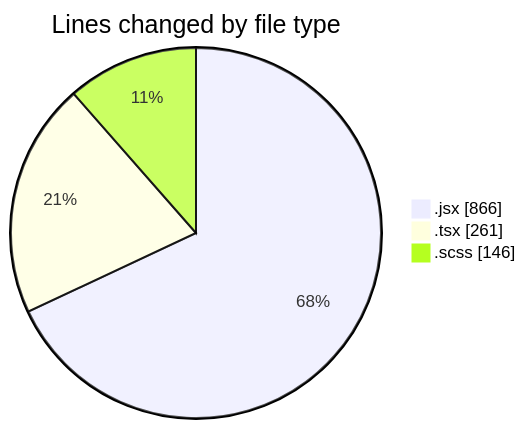
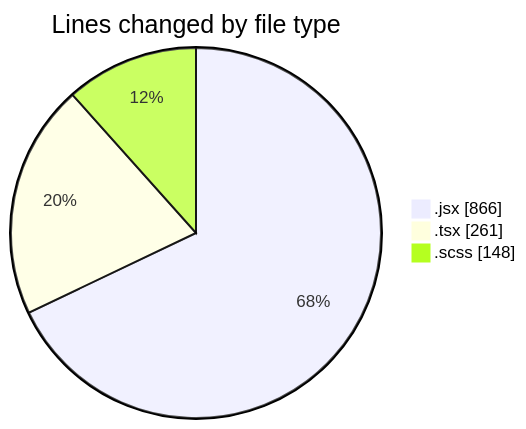
Before and after one commit to momahboobian/code-tracking: the first of 2 diagrams in 2026-02-11/cda/README.md, drawn with Mermaid. The commit also changed other lines of this file and 1 other file, not shown here.

````diff
--- a/2026-02-11/cda/README.md
+++ b/2026-02-11/cda/README.md
@@ -25,7 +25,7 @@
 ```mermaid
 pie showData
 title Lines changed by file type
 ".jsx" : 866
 ".tsx" : 261
-".scss" : 146
+".scss" : 148
 ```
````
